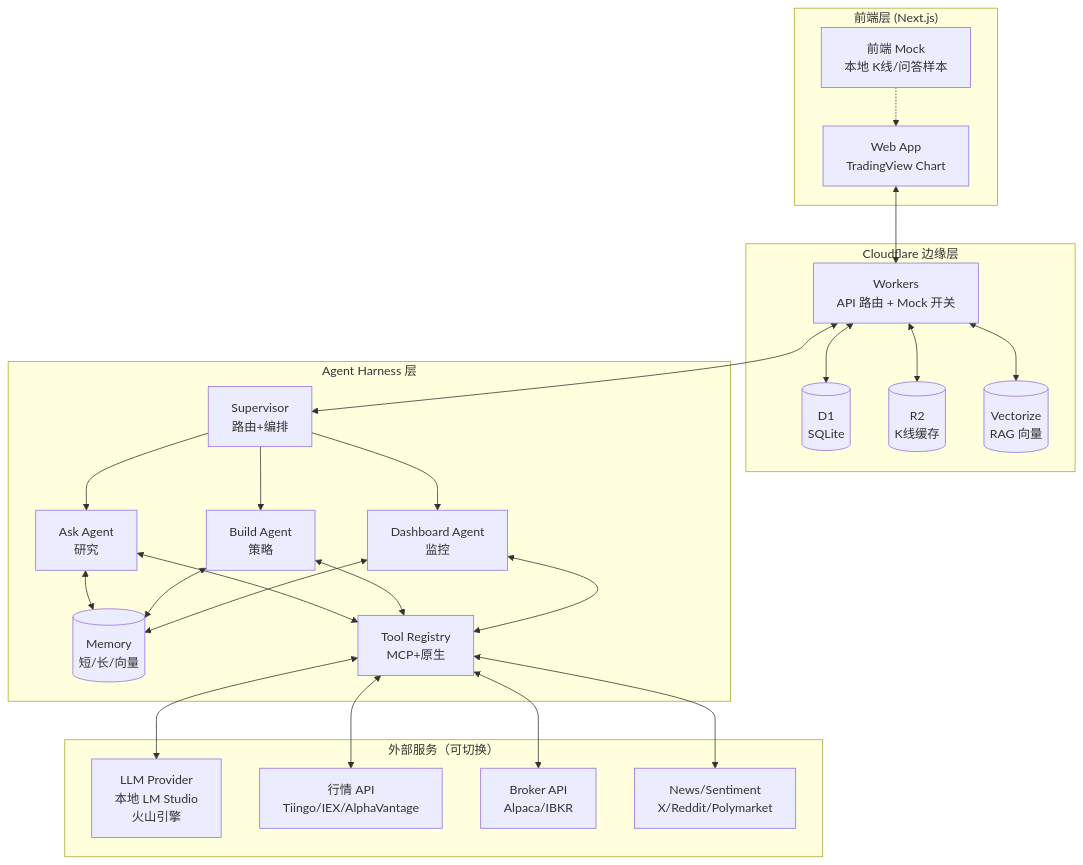
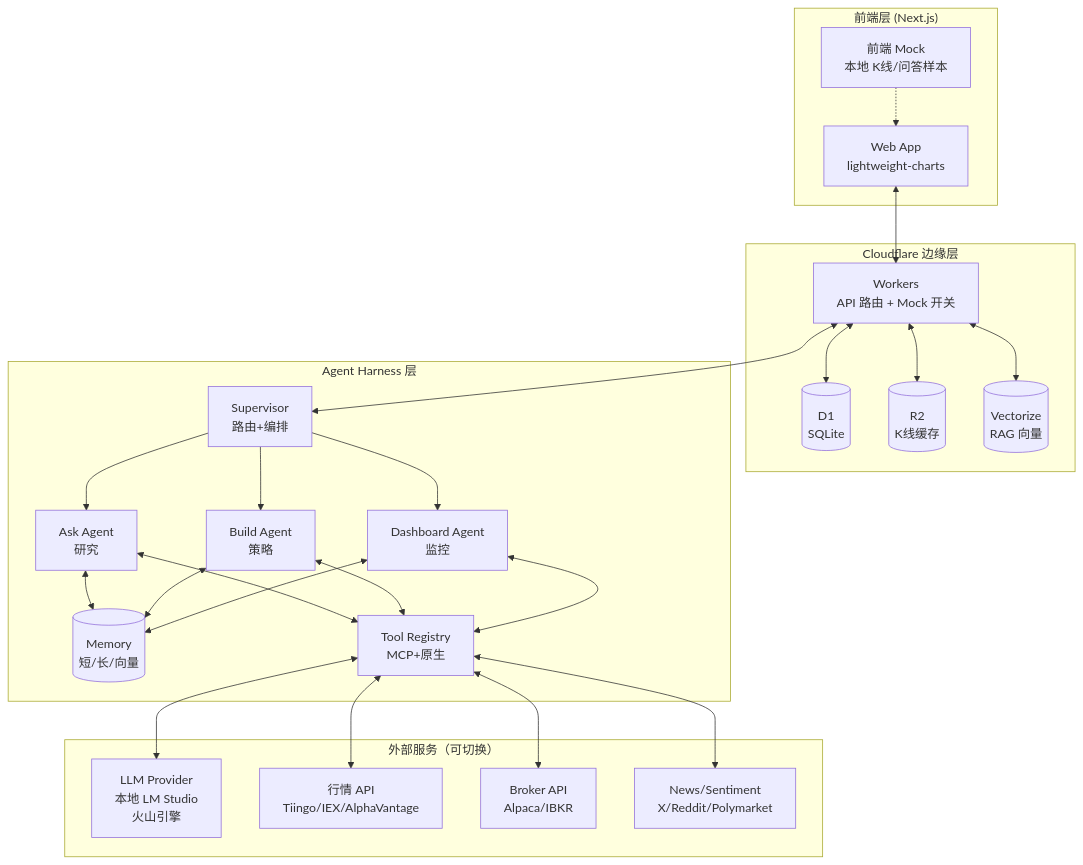
One commit to ZedeX/nova-invest changed the first of 6 diagrams in docs/architecture/architecture.md. Above: the diagram before and after it, drawn with Mermaid. The commit also changed other lines of this file and 9 other files, not shown here.

First line of the commit message:
docs: fix 5 cross-epic conflicts identified by architecture-review

````diff
--- a/docs/architecture/architecture.md
+++ b/docs/architecture/architecture.md
@@ -23,50 +23,50 @@
 ```mermaid
 flowchart TB
     subgraph Client["前端层 (Next.js)"]
-        UI[Web App<br/>TradingView Chart]
+        UI[Web App<br/>lightweight-charts]
         MockFE[前端 Mock<br/>本地 K线/问答样本]
     end
 
     subgraph Edge["Cloudflare 边缘层"]
         Worker[Workers<br/>API 路由 + Mock 开关]
         D1[(D1<br/>SQLite)]
         R2[(R2<br/>K线缓存)]
         VZ[(Vectorize<br/>RAG 向量)]
     end
 
     subgraph AgentLayer["Agent Harness 层"]
         Sup[Supervisor<br/>路由+编排]
         Ask[Ask Agent<br/>研究]
         Build[Build Agent<br/>策略]
         DBot[Dashboard Agent<br/>监控]
         Memory[(Memory<br/>短/长/向量)]
         Tools[Tool Registry<br/>MCP+原生]
     end
 
     subgraph External["外部服务（可切换）"]
         LLM[LLM Provider<br/>本地 LM Studio<br/>火山引擎]
         Mkt[行情 API<br/>Tiingo/IEX/AlphaVantage]
         Brk[Broker API<br/>Alpaca/IBKR]
         News[News/Sentiment<br/>X/Reddit/Polymarket]
     end
 
     UI <--> Worker
     MockFE -.-> UI
     Worker <--> D1
     Worker <--> R2
     Worker <--> VZ
     Worker <--> Sup
     Sup --> Ask
     Sup --> Build
     Sup --> DBot
     Ask <--> Memory
     Build <--> Memory
     DBot <--> Memory
     Ask <--> Tools
     Build <--> Tools
     DBot <--> Tools
     Tools <--> LLM
     Tools <--> Mkt
     Tools <--> Brk
     Tools <--> News
 ```
````
